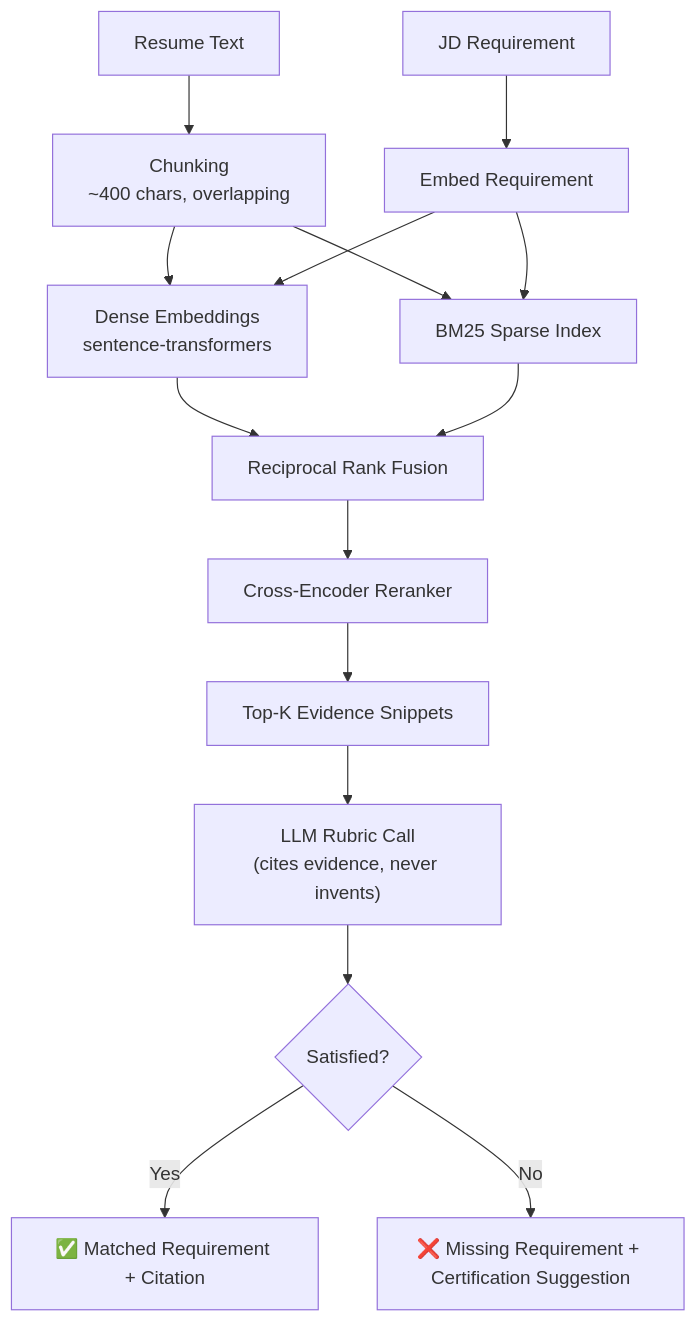
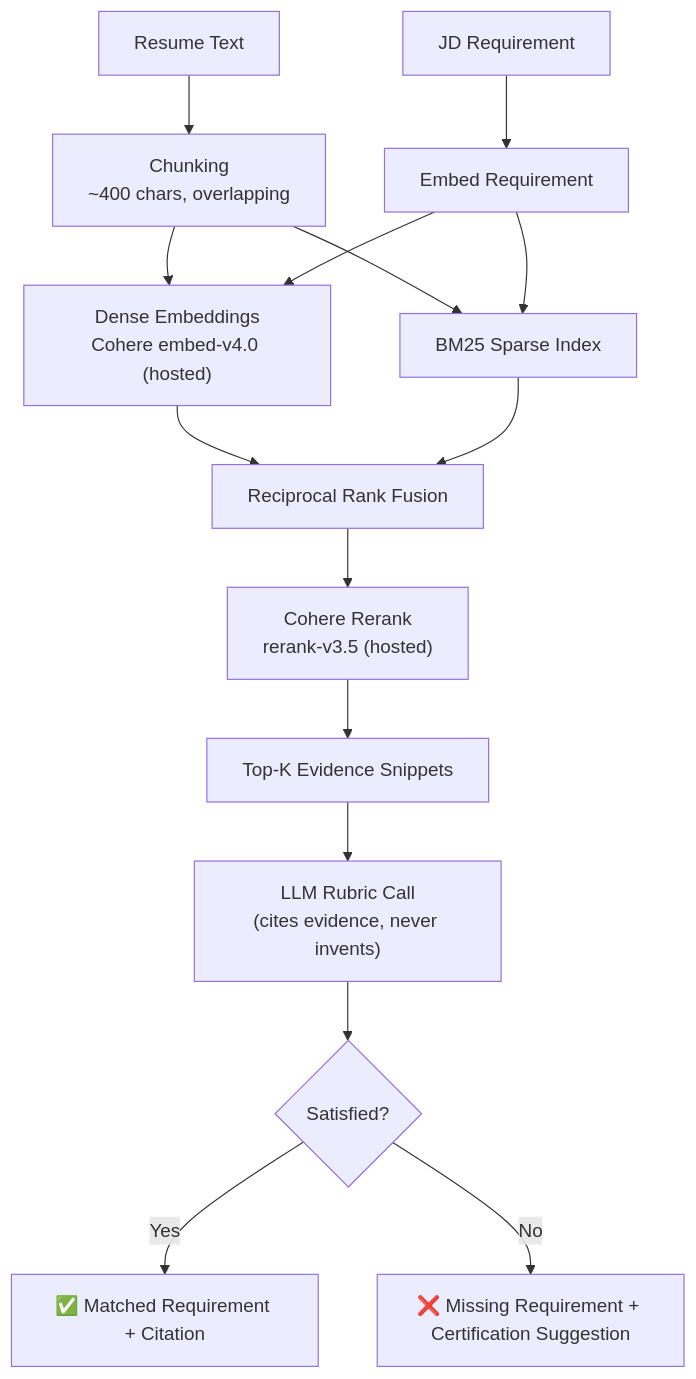
The second of 7 diagrams in README.md (Soban-2004/AI-Resume-Job-Matcher---Full-Stack-RAG-Platform), drawn with Mermaid before and after one commit. The commit also changed other lines of this file, not shown here.

````diff
--- a/README.md
+++ b/README.md
@@ -84,20 +130,20 @@
 ```mermaid
 flowchart TD
     A[Resume Text] --> B[Chunking<br/>~400 chars, overlapping]
-    B --> C[Dense Embeddings<br/>sentence-transformers]
+    B --> C["Dense Embeddings<br/>Cohere embed-v4.0 (hosted)"]
     B --> D[BM25 Sparse Index]
 
     JD[JD Requirement] --> E[Embed Requirement]
     E --> C
     E --> D
 
     C --> F[Reciprocal Rank Fusion]
     D --> F
-    F --> G[Cross-Encoder Reranker]
+    F --> G["Cohere Rerank<br/>rerank-v3.5 (hosted)"]
     G --> H[Top-K Evidence Snippets]
 
     H --> I["LLM Rubric Call<br/>(cites evidence, never invents)"]
     I --> J{Satisfied?}
     J -->|Yes| K[✅ Matched Requirement + Citation]
     J -->|No| L[❌ Missing Requirement + Certification Suggestion]
 ```
````
